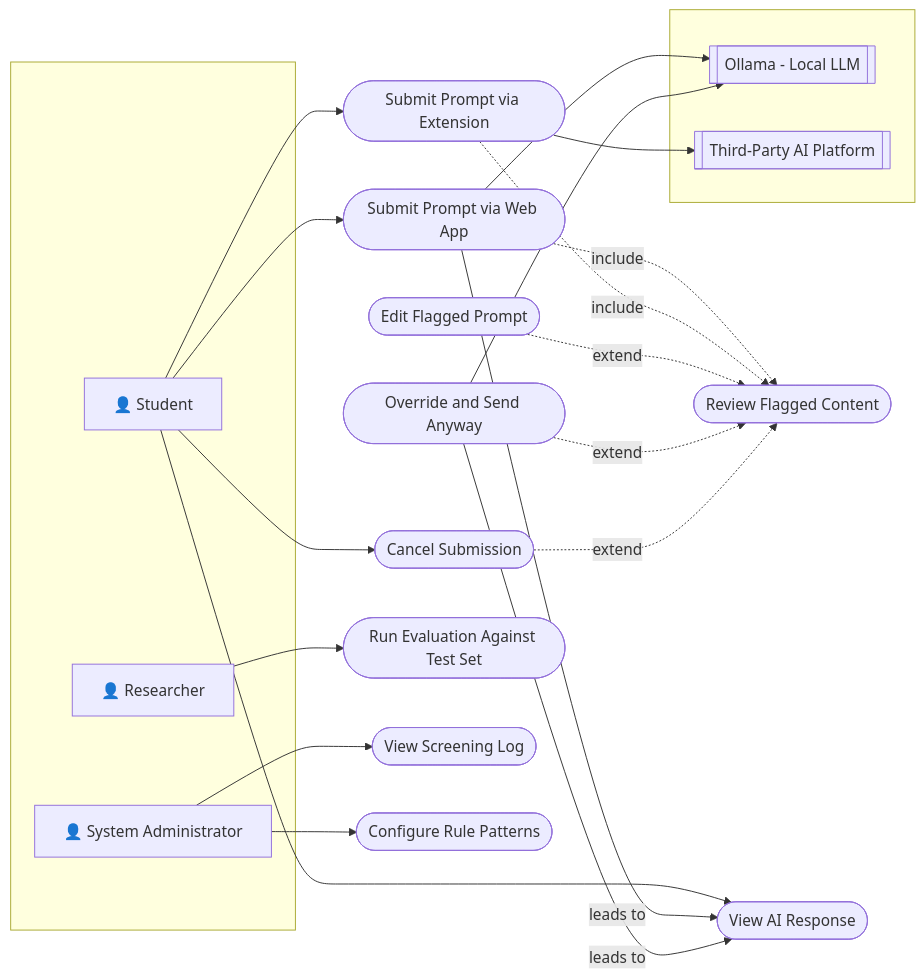
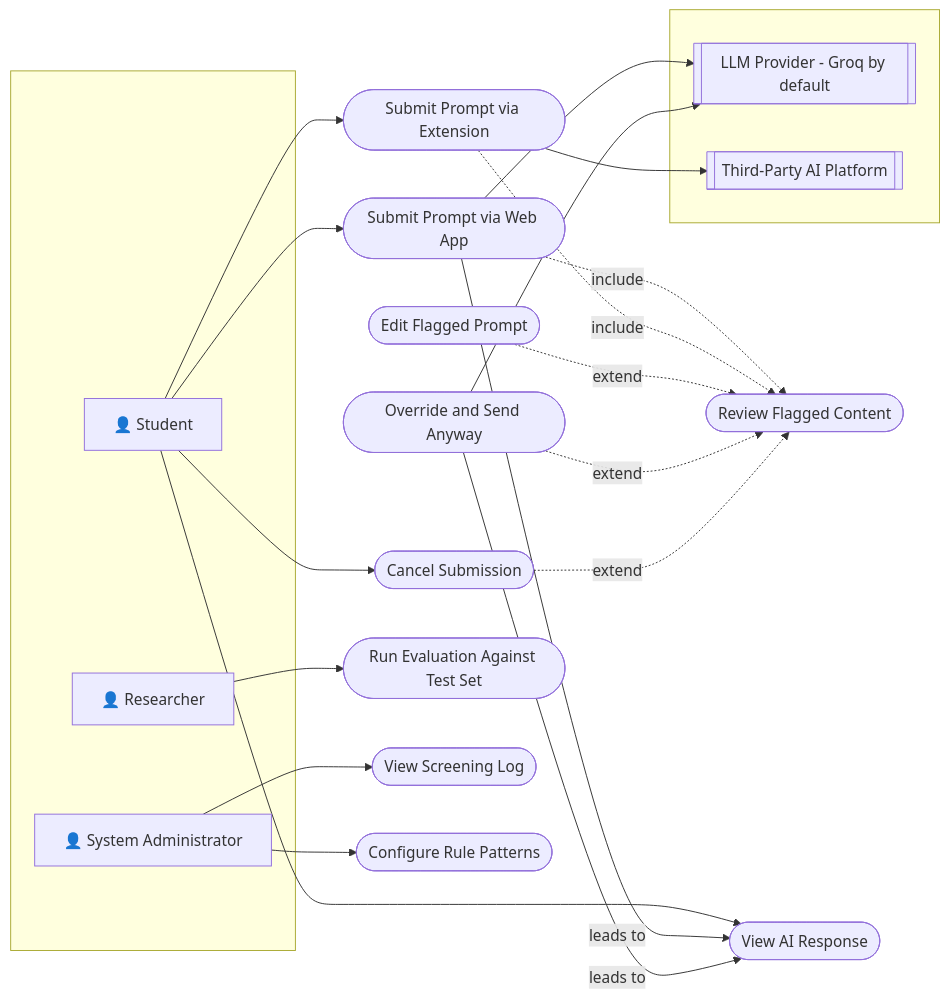
The diagram in docs/requirements/USE_CASES.md (Skiet88/SentryPrompt), drawn with Mermaid before and after one commit. The commit also changed other lines of this file and 33 other files, not shown here.

First line of the commit message:
Switch LLM to a selectable provider (Groq default, Gemini, Ollama)

````diff
--- a/docs/requirements/USE_CASES.md
+++ b/docs/requirements/USE_CASES.md
@@ -25,46 +25,46 @@
 ```mermaid
 flowchart LR
     subgraph Actors[" "]
         Student[👤 Student]
         Researcher[👤 Researcher]
         Admin[👤 System Administrator]
     end
 
     subgraph ExternalSystems[" "]
-        Ollama[[Ollama - Local LLM]]
+        LLM[[LLM Provider - Groq by default]]
         ThirdParty[[Third-Party AI Platform]]
     end
 
     UC1(["Submit Prompt via Web App"])
     UC2(["Submit Prompt via Extension"])
     UC3(["Review Flagged Content"])
     UC4(["Edit Flagged Prompt"])
     UC5(["Override and Send Anyway"])
     UC6(["Cancel Submission"])
     UC7(["View AI Response"])
     UC8(["Run Evaluation Against Test Set"])
     UC9(["View Screening Log"])
     UC10(["Configure Rule Patterns"])
 
     Student --> UC1
     Student --> UC2
     Student --> UC6
     Student --> UC7
 
     UC1 -.->|include| UC3
     UC2 -.->|include| UC3
     UC4 -.->|extend| UC3
     UC5 -.->|extend| UC3
     UC6 -.->|extend| UC3
 
     UC1 -->|leads to| UC7
     UC5 -->|leads to| UC7
 
     Researcher --> UC8
     Admin --> UC9
     Admin --> UC10
 
     UC2 --> ThirdParty
-    UC1 --> Ollama
-    UC5 --> Ollama
+    UC1 --> LLM
+    UC5 --> LLM
 ```
````
